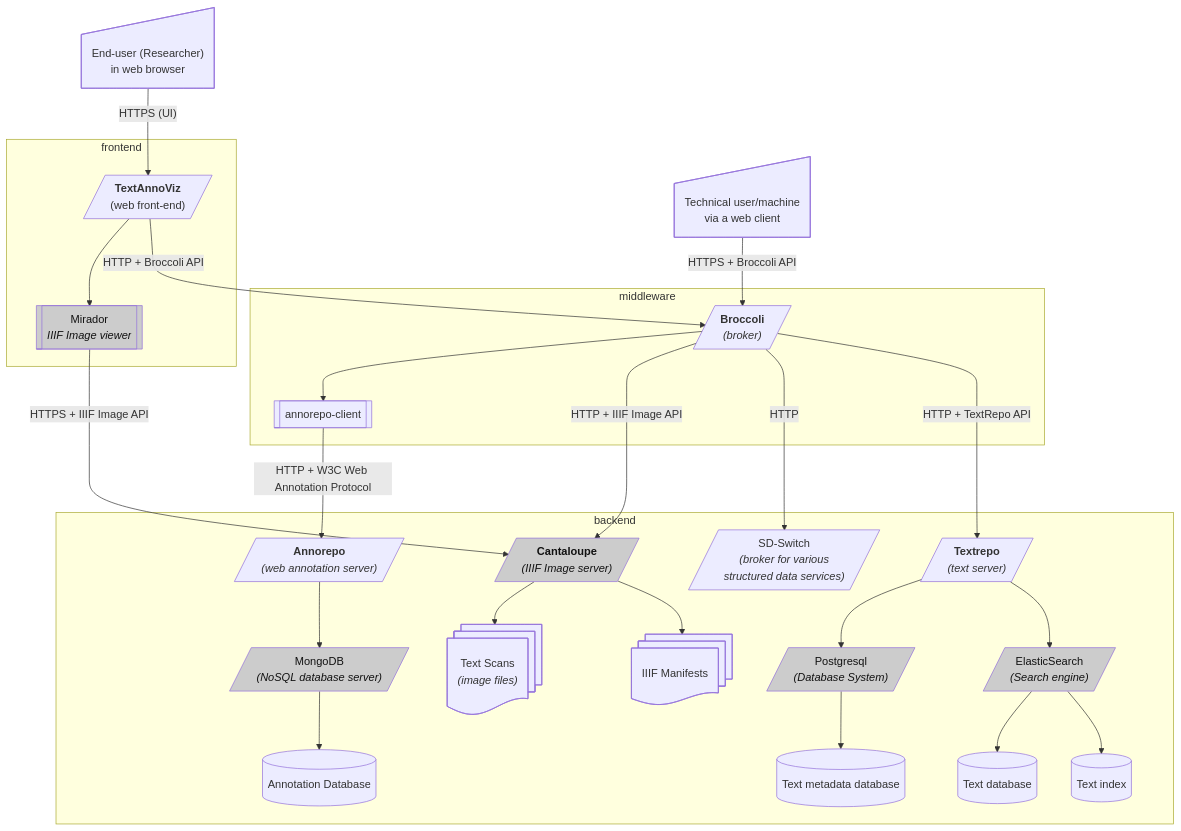
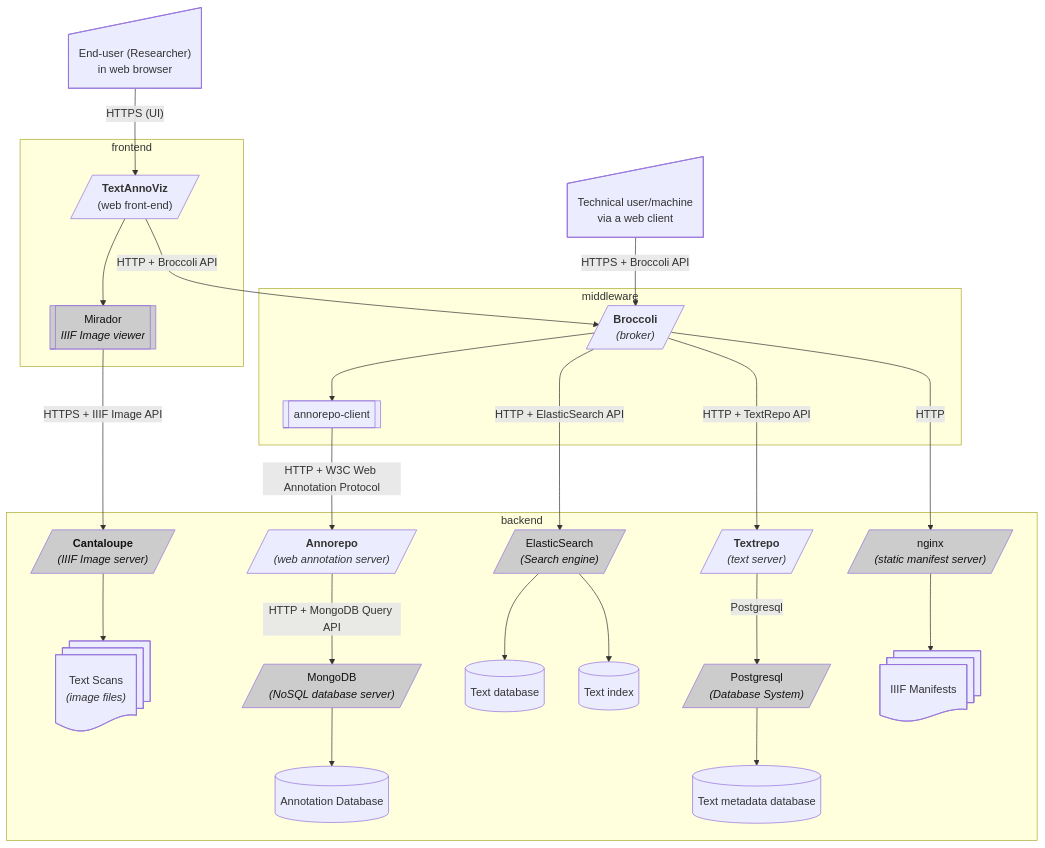
Before and after one commit to knaw-huc/tt-architecture: the first of 3 diagrams in README.md, drawn with Mermaid. The commit also changed other lines of this file, not shown here.

Commit message:
processed some feedback

````diff
--- a/README.md
+++ b/README.md
@@ -9,71 +9,70 @@
 ```{.mermaid format=svg}
 flowchart TD
 
 
     user@{ shape: sl-rect, label: "End-user (Researcher)<br>in web browser"}
     user -- "HTTPS (UI)" --> textannoviz
     subgraph frontend
         textannoviz[/"<b>TextAnnoViz</b><br>(web front-end)"/]
         mirador@{shape: subproc, label: "Mirador<br><i>IIIF Image viewer</i>"}
         textannoviz --> mirador
     end
 
     techuser@{ shape: sl-rect, label: "Technical user/machine<br>via a web client"}
 
     techuser -- "HTTPS + Broccoli API" --> broccoli
     subgraph middleware
         textannoviz -- "HTTP + Broccoli API" --> broccoli
         broccoli[/"<b>Broccoli</b><br><i>(broker)</i>"/]
 
         broccoli_annorepoclient@{shape: subproc, label: "annorepo-client"}
         broccoli --> broccoli_annorepoclient 
     end
 
 
     subgraph backend
     
         annorepo[/"<b>Annorepo</b><br><i>(web annotation server)</i>"/]
         mongodb[/"MongoDB<br><i>(NoSQL database server)</i>"/]
         annorepo_db[("Annotation Database")]
-        annorepo --> mongodb --> annorepo_db
+        annorepo -- "HTTP + MongoDB Query API" --> mongodb --> annorepo_db
 
         textindex[("Text index")]
         texts@{ shape: database, label: "Text database"}
         textscans@{ shape: docs, label: "Text Scans<br><i>(image files)</i>"}
         textmetadb@{ shape: database, label: "Text metadata database"}
 
         textrepo[/"<b>Textrepo</b><br><i>(text server)</i>"/]
         postgresql[/"Postgresql<br><i>(Database System)</i>"/]
         elasticsearch[/"ElasticSearch<br><i>(Search engine)</i>"/]
 
-        textrepo --> postgresql
-        textrepo --> elasticsearch
+        textrepo -- "Postgresql" --> postgresql
+        broccoli -- "HTTP + ElasticSearch API" --> elasticsearch
 
         elasticsearch --> texts
         postgresql --> textmetadb
 
 
 
         cantaloupe[/"<b>Cantaloupe</b><br><i>(IIIF Image server)</i>"/]
         manifests@{ shape: docs, label: "IIIF Manifests"}
         cantaloupe --> textscans
-        cantaloupe --> manifests
-
-
-        sdswitch[/"SD-Switch<br><i>(broker for various<br>structured data services)</i>"/]
 
         broccoli_annorepoclient -- "HTTP + W3C Web Annotation Protocol" --> annorepo
-        broccoli -- "HTTP + IIIF Image API" --> cantaloupe
-        broccoli -- "HTTP" --> sdswitch
         broccoli -- "HTTP + TextRepo API" --> textrepo
+        broccoli -- "HTTP" --> manifest_server
+
+        manifest_server[/"nginx<br><i>(static manifest server)</i>"/]
+        manifest_server --> manifests
+
 
         elasticsearch --> textindex
 
 
         mirador -- "HTTPS + IIIF Image API" --> cantaloupe
     end
 
 
     classDef thirdparty fill:#ccc,color:#111
-    class cantaloupe,mongodb,elasticsearch,postgresql,mirador thirdparty
+    class cantaloupe,mongodb,elasticsearch,postgresql,mirador,manifest_server thirdparty
 ```
````
